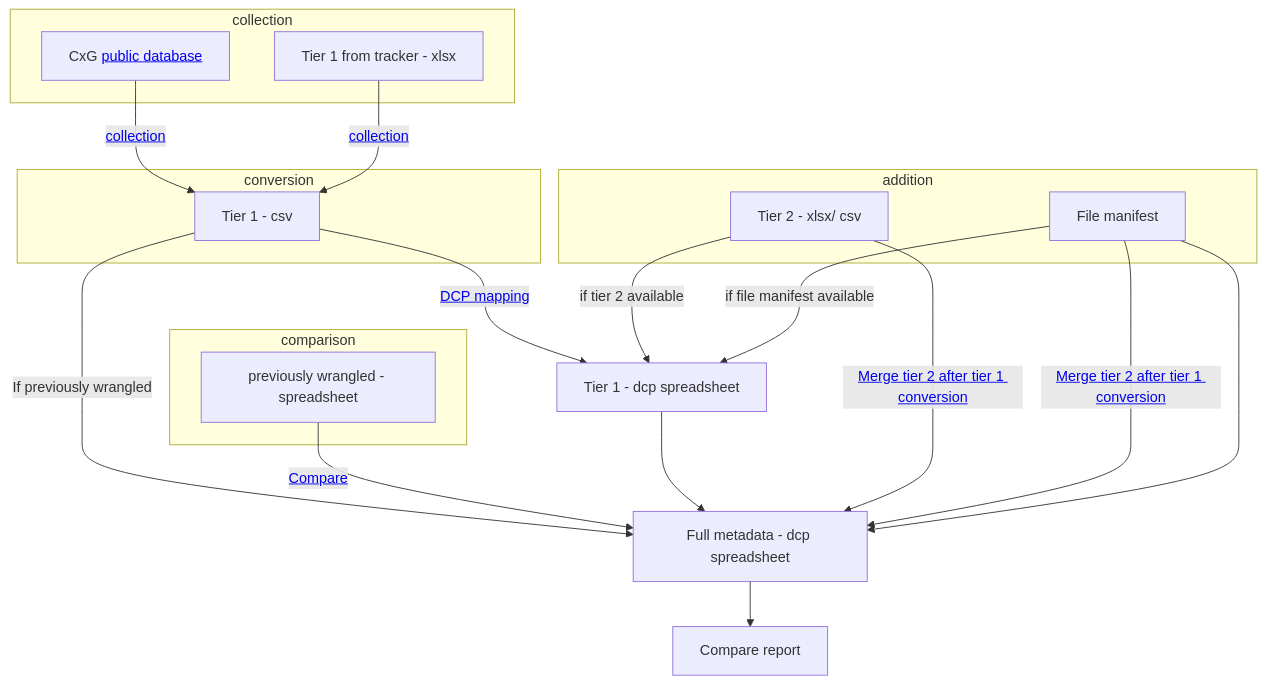
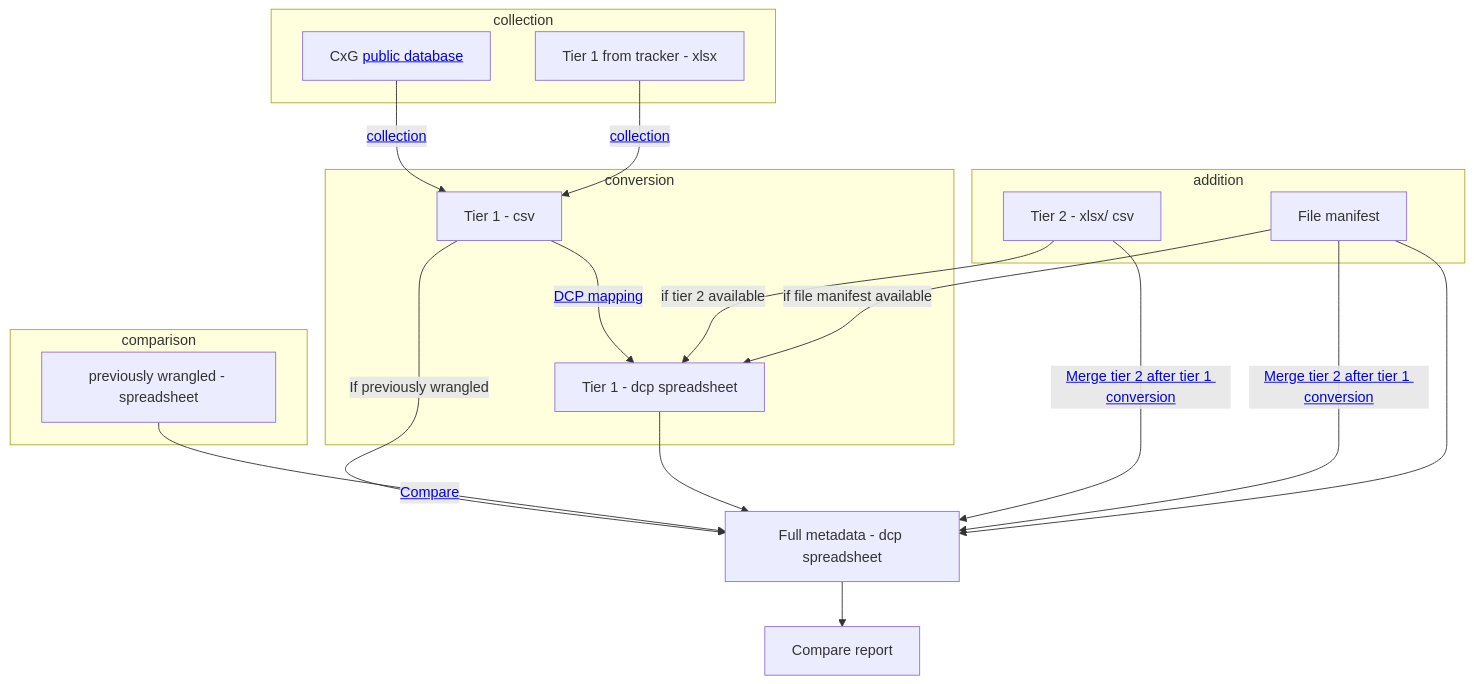
The diagram in README.md (ebi-ait/hca-tier1-to-dcp), drawn with Mermaid before and after one commit.

````diff
--- a/README.md
+++ b/README.md
@@ -5,40 +5,41 @@
 ```mermaid
 flowchart TD
     A[CxG <a href='https://cellxgene.cziscience.com/collections'> public database</a>]
     B[Tier 1 from tracker - xlsx]
     C[Tier 1 - csv]
     D[Tier 1 - dcp spreadsheet]
     E[previously wrangled - spreadsheet] 
     F[Tier 2 - xlsx/ csv]
     G[File manifest]
     H[Full metadata - dcp spreadsheet]
     I[Compare report]
     
     A --> |<a href='https://github.com/ebi-ait/hca-tier1-to-dcp/blob/main/collect_cellxgene_metadata.py'>collection</a>| C
     B --> |<a href='https://github.com/ebi-ait/hca-tier1-to-dcp/blob/main/collect_spreadsheet_metadata.py'>collection</a>| C
     C --> |<a href='https://github.com/ebi-ait/hca-tier1-to-dcp/blob/main/convert_to_dcp.py'>DCP mapping</a>| D
     F --> |if tier 2 available| D
     G --> |if file manifest available| D
     C --> |If previously wrangled| H
     E --> |<a href='https://github.com/ebi-ait/hca-tier1-to-dcp/blob/main/compare_with_dcp.py'>Compare</a>| H
     H --> I
     D --> H
     F --> |<a href='https://github.com/ebi-ait/hca-tier1-to-dcp/blob/main/merge_tier2_metadata.py'>Merge tier 2 after tier 1 conversion</a>| H
     G --> |<a href='https://github.com/ebi-ait/hca-tier1-to-dcp/blob/main/merge_tier2_metadata.py'>Merge tier 2 after tier 1 conversion</a>| H
     G --> H
     
     subgraph collection
     A
     B
     end
     subgraph conversion
     C
+    D
     end
     subgraph comparison
     E
     end
     subgraph addition
     F
     G
     end
 ```
````
